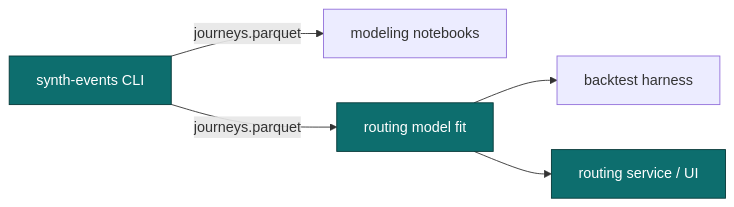
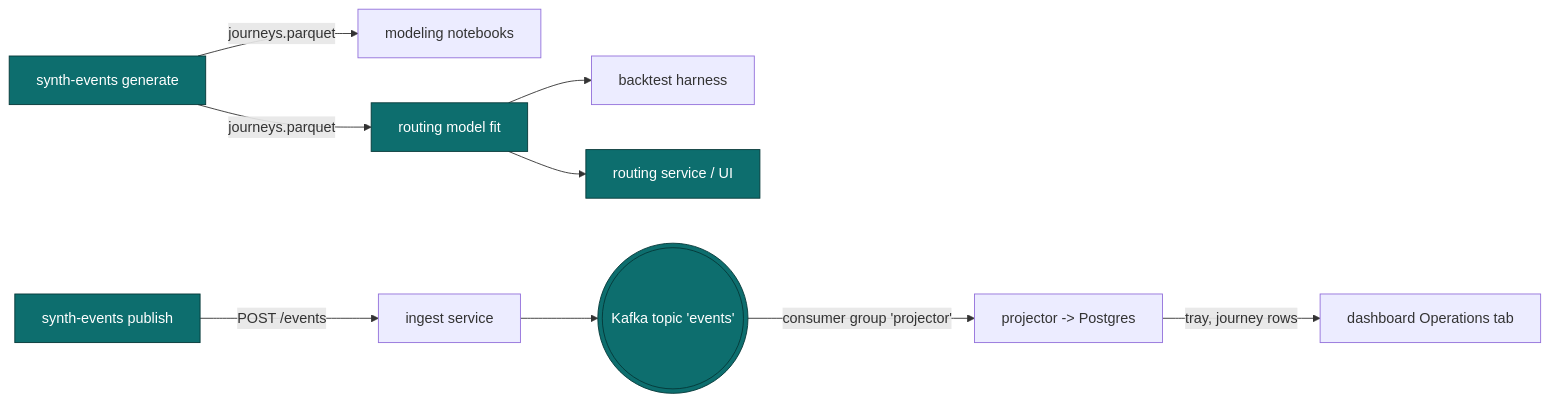
The diagram in ui/docs/docs/services/synth-events.md (caverac/instrument-sterilization-logistics), drawn with Mermaid before and after one commit. The commit also changed other lines of this file and 4 other files, not shown here.

````diff
--- a/ui/docs/docs/services/synth-events.md
+++ b/ui/docs/docs/services/synth-events.md
@@ -63,12 +63,17 @@
 ```mermaid
 flowchart LR
-    SE[synth-events CLI] -->|journeys.parquet| NB[modeling notebooks]
+    SE[synth-events generate] -->|journeys.parquet| NB[modeling notebooks]
     SE -->|journeys.parquet| RM[routing model fit]
     RM --> BT[backtest harness]
     RM --> APP[routing service / UI]
 
+    SP[synth-events publish] -->|POST /events| IN[ingest service]
+    IN --> K(((Kafka topic 'events')))
+    K -->|consumer group 'projector'| PJ[projector -> Postgres]
+    PJ -->|tray, journey rows| UI[dashboard Operations tab]
+
     classDef devtool fill:#0d6e6e,stroke:#053838,color:#fff
-    classDef artifact fill:#2cc4c4,stroke:#0d6e6e,color:#053838
-    class SE devtool
-    class RM,APP devtool
+    classDef bus fill:#0d6e6e,stroke:#053838,color:#fff
+    class SE,SP,RM,APP devtool
+    class K bus
 ```
````
